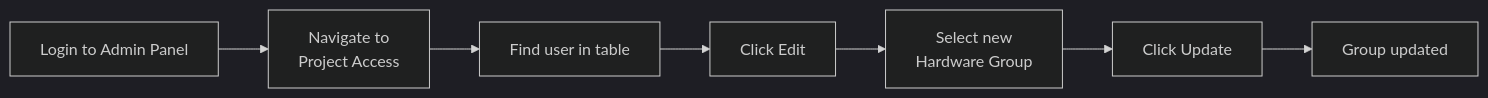
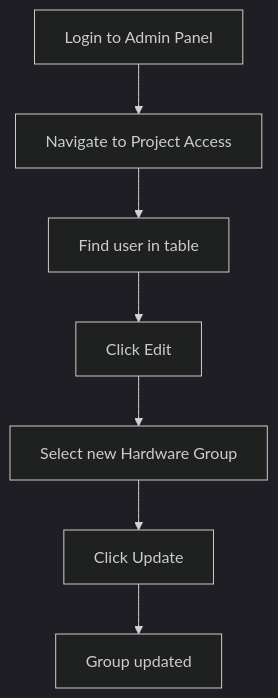
Before and after one commit to ColfaxResearch/cxpn-admin-readthedocs: the sixth of 7 diagrams in docs/source/workflow-examples.rst, drawn with Mermaid (dark theme). The commit also changed other lines of this file, not shown here.

Commit message:
switch workflow diagrams from horizontal to vertical layout

```diff
--- a/docs/source/workflow-examples.rst
+++ b/docs/source/workflow-examples.rst
@@ -119,9 +119,9 @@
 .. mermaid::
 
-   graph LR
-       A[Login to Admin Panel] --> B[Navigate to<br>Project Access]
+   graph TD
+       A[Login to Admin Panel] --> B[Navigate to Project Access]
        B --> C[Find user in table]
        C --> D[Click Edit]
-       D --> E[Select new<br>Hardware Group]
+       D --> E[Select new Hardware Group]
        E --> F[Click Update]
        F --> G[Group updated]
```
